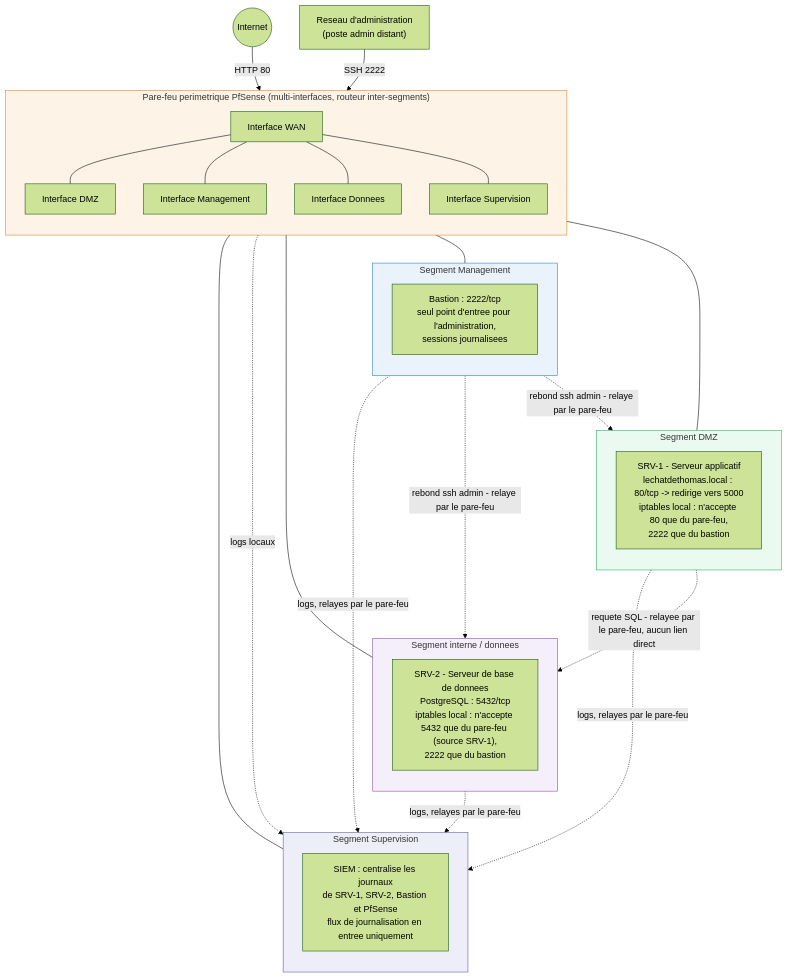
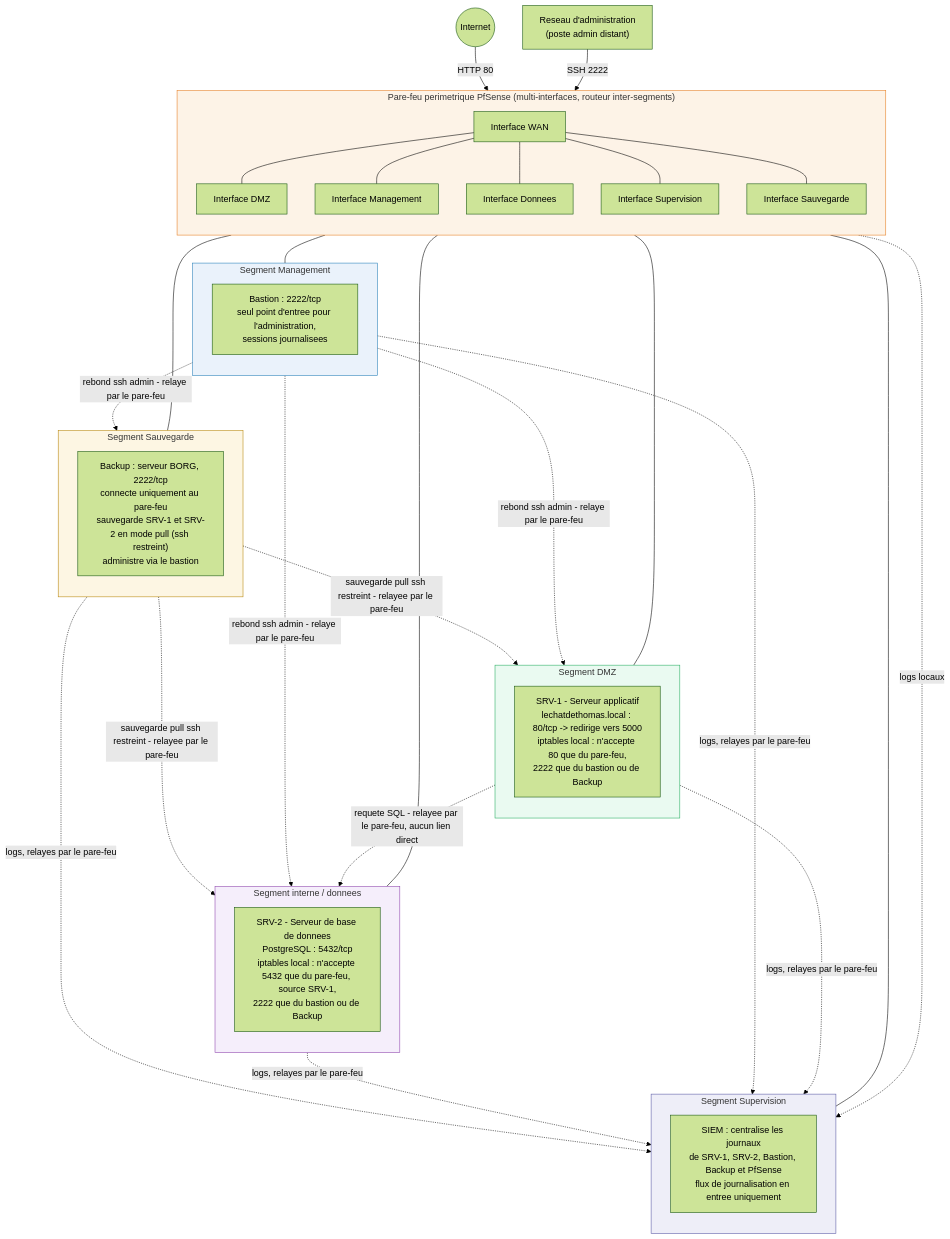
One commit to ZhionFR/Projet-AIS changed the diagram in Docs/HLD/diagramme_reseau.mmd. Above: the diagram before and after it, drawn with Mermaid (forest theme). The commit also changed 10 other files, not shown here.

```diff
--- a/Docs/HLD/diagramme_reseau.mmd
+++ b/Docs/HLD/diagramme_reseau.mmd
@@ -1,58 +1,71 @@
 flowchart TB
 
     INTERNET(("Internet"))
     ADMIN_NET["Reseau d'administration<br/>(poste admin distant)"]
 
     subgraph FWZ["Pare-feu perimetrique PfSense (multi-interfaces, routeur inter-segments)"]
         direction TB
         WAN["Interface WAN"]
         LANDMZ["Interface DMZ"]
         LANMGMT["Interface Management"]
         LANDATA["Interface Donnees"]
         LANSIEM["Interface Supervision"]
+        LANBACKUP["Interface Sauvegarde"]
     end
 
     subgraph DMZSEG["Segment DMZ"]
         direction TB
-        SRV1["SRV-1 - Serveur applicatif<br/>lechatdethomas.local : 80/tcp -> redirige vers 5000<br/>iptables local : n'accepte 80 que du pare-feu,<br/>2222 que du bastion"]
+        SRV1["SRV-1 - Serveur applicatif<br/>lechatdethomas.local : 80/tcp -> redirige vers 5000<br/>iptables local : n'accepte 80 que du pare-feu,<br/>2222 que du bastion ou de Backup"]
     end
 
     subgraph MGMTSEG["Segment Management"]
         direction TB
         BASTION["Bastion : 2222/tcp<br/>seul point d'entree pour l'administration,<br/>sessions journalisees"]
     end
 
     subgraph DATASEG["Segment interne / donnees"]
         direction TB
-        SRV2["SRV-2 - Serveur de base de donnees<br/>PostgreSQL : 5432/tcp<br/>iptables local : n'accepte 5432 que du pare-feu (source SRV-1),<br/>2222 que du bastion"]
+        SRV2["SRV-2 - Serveur de base de donnees<br/>PostgreSQL : 5432/tcp<br/>iptables local : n'accepte 5432 que du pare-feu, source SRV-1,<br/>2222 que du bastion ou de Backup"]
     end
 
     subgraph SIEMSEG["Segment Supervision"]
         direction TB
-        SIEM["SIEM : centralise les journaux<br/>de SRV-1, SRV-2, Bastion et PfSense<br/>flux de journalisation en entree uniquement"]
+        SIEM["SIEM : centralise les journaux<br/>de SRV-1, SRV-2, Bastion, Backup et PfSense<br/>flux de journalisation en entree uniquement"]
+    end
+
+    subgraph BACKUPSEG["Segment Sauvegarde"]
+        direction TB
+        BACKUP["Backup : serveur BORG, 2222/tcp<br/>connecte uniquement au pare-feu<br/>sauvegarde SRV-1 et SRV-2 en mode pull (ssh restreint)<br/>administre via le bastion"]
     end
 
     INTERNET -->|HTTP 80| WAN
     ADMIN_NET -->|SSH 2222| WAN
     WAN --- LANDMZ
     WAN --- LANMGMT
     WAN --- LANDATA
     WAN --- LANSIEM
+    WAN --- LANBACKUP
     LANDMZ --- SRV1
     LANMGMT --- BASTION
     LANDATA --- SRV2
     LANSIEM --- SIEM
+    LANBACKUP --- BACKUP
 
     SRV1 -.->|requete SQL - relayee par le pare-feu, aucun lien direct| SRV2
     BASTION -.->|rebond ssh admin - relaye par le pare-feu| SRV1
     BASTION -.->|rebond ssh admin - relaye par le pare-feu| SRV2
+    BASTION -.->|rebond ssh admin - relaye par le pare-feu| BACKUP
+    BACKUP -.->|sauvegarde pull ssh restreint - relayee par le pare-feu| SRV1
+    BACKUP -.->|sauvegarde pull ssh restreint - relayee par le pare-feu| SRV2
     SRV1 -.->|logs, relayes par le pare-feu| SIEM
     SRV2 -.->|logs, relayes par le pare-feu| SIEM
     BASTION -.->|logs, relayes par le pare-feu| SIEM
+    BACKUP -.->|logs, relayes par le pare-feu| SIEM
     FWZ -.->|logs locaux| SIEM
 
     style DMZSEG fill:#eafaf1,stroke:#27ae60
     style MGMTSEG fill:#eaf2fb,stroke:#2980b9
     style DATASEG fill:#f5eefb,stroke:#8e44ad
     style FWZ fill:#fdf3e7,stroke:#e67e22
     style SIEMSEG fill:#eeeef8,stroke:#5b5ba6
+    style BACKUPSEG fill:#fdf6e3,stroke:#b8860b
```
